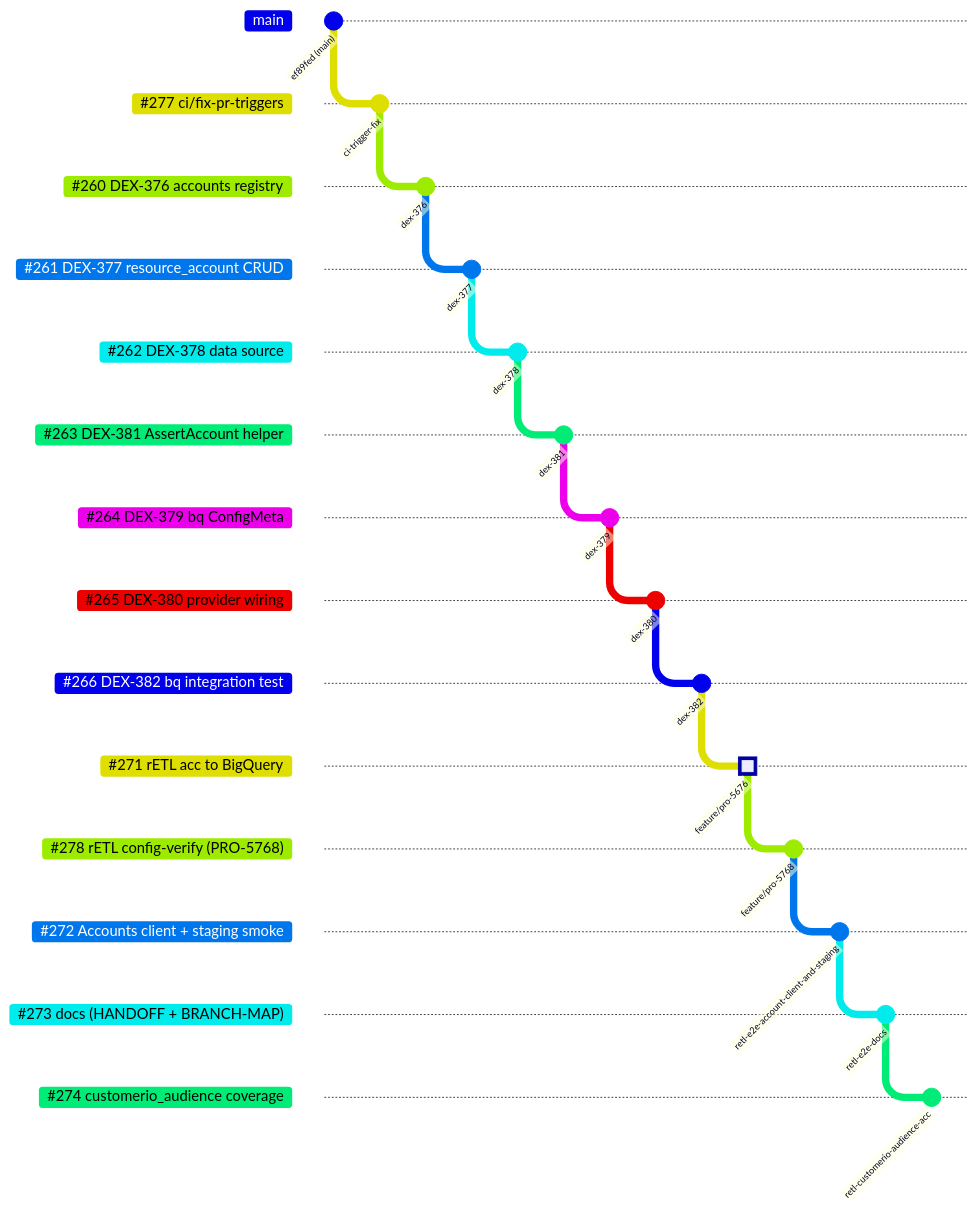
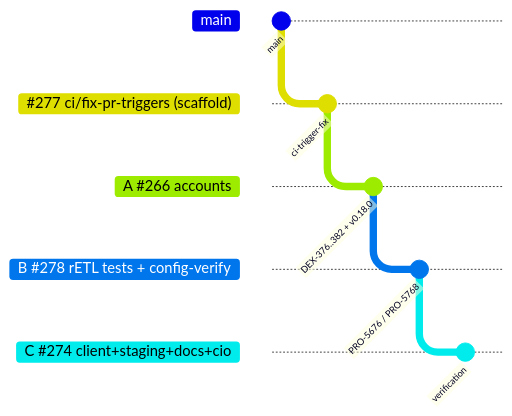
The first of 2 diagrams in test/e2e/staging/BRANCH-MAP.md (rudderlabs/terraform-provider-rudderstack), drawn with Mermaid before and after one commit. The commit also changed other lines of this file, not shown here.

First line of the commit message:
docs(branch-map): reflect 13→3 consolidation (A/B/C on #277)

````diff
--- a/test/e2e/staging/BRANCH-MAP.md
+++ b/test/e2e/staging/BRANCH-MAP.md
@@ -10,31 +11,13 @@
 ```mermaid
 %%{init: {'gitGraph': {'mainBranchName': 'main'}}}%%
 gitGraph
-   commit id: "ef89fed (main)"
-   branch "#277 ci/fix-pr-triggers"
+   commit id: "main"
+   branch "#277 ci/fix-pr-triggers (scaffold)"
    commit id: "ci-trigger-fix"
-   branch "#260 DEX-376 accounts registry"
-   commit id: "dex-376"
-   branch "#261 DEX-377 resource_account CRUD"
-   commit id: "dex-377"
-   branch "#262 DEX-378 data source"
-   commit id: "dex-378"
-   branch "#263 DEX-381 AssertAccount helper"
-   commit id: "dex-381"
-   branch "#264 DEX-379 bq ConfigMeta"
-   commit id: "dex-379"
-   branch "#265 DEX-380 provider wiring"
-   commit id: "dex-380"
-   branch "#266 DEX-382 bq integration test"
-   commit id: "dex-382"
-   branch "#271 rETL acc to BigQuery"
-   commit id: "feature/pro-5676" type: HIGHLIGHT
-   branch "#278 rETL config-verify (PRO-5768)"
-   commit id: "feature/pro-5768"
-   branch "#272 Accounts client + staging smoke"
-   commit id: "retl-e2e-account-client-and-staging"
-   branch "#273 docs (HANDOFF + BRANCH-MAP)"
-   commit id: "retl-e2e-docs"
-   branch "#274 customerio_audience coverage"
-   commit id: "retl-customerio-audience-acc"
+   branch "A #266 accounts"
+   commit id: "DEX-376..382 + v0.18.0"
+   branch "B #278 rETL tests + config-verify"
+   commit id: "PRO-5676 / PRO-5768"
+   branch "C #274 client+staging+docs+cio"
+   commit id: "verification"
 ```
````
